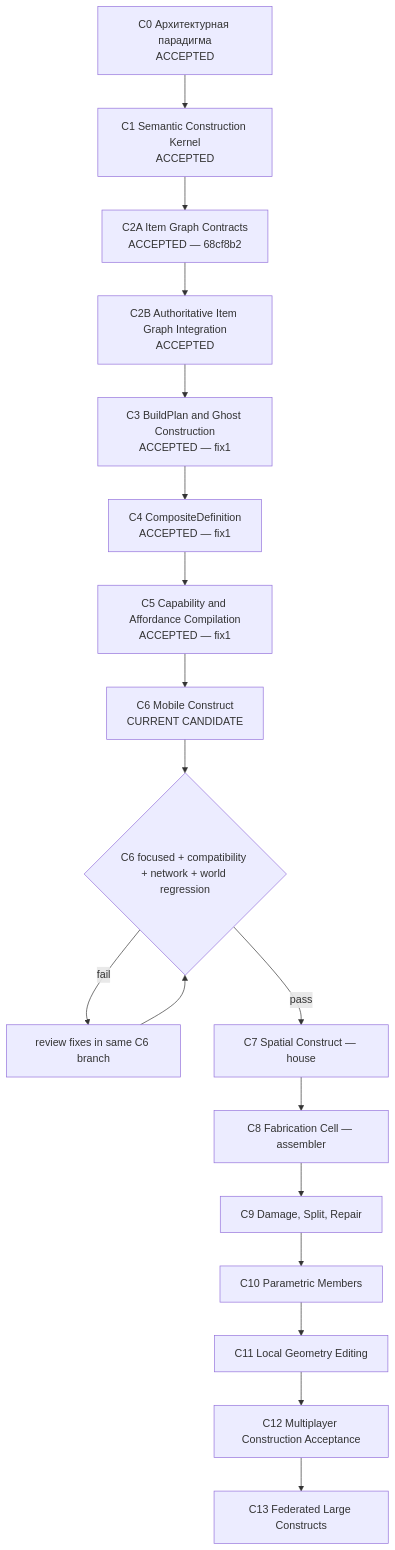
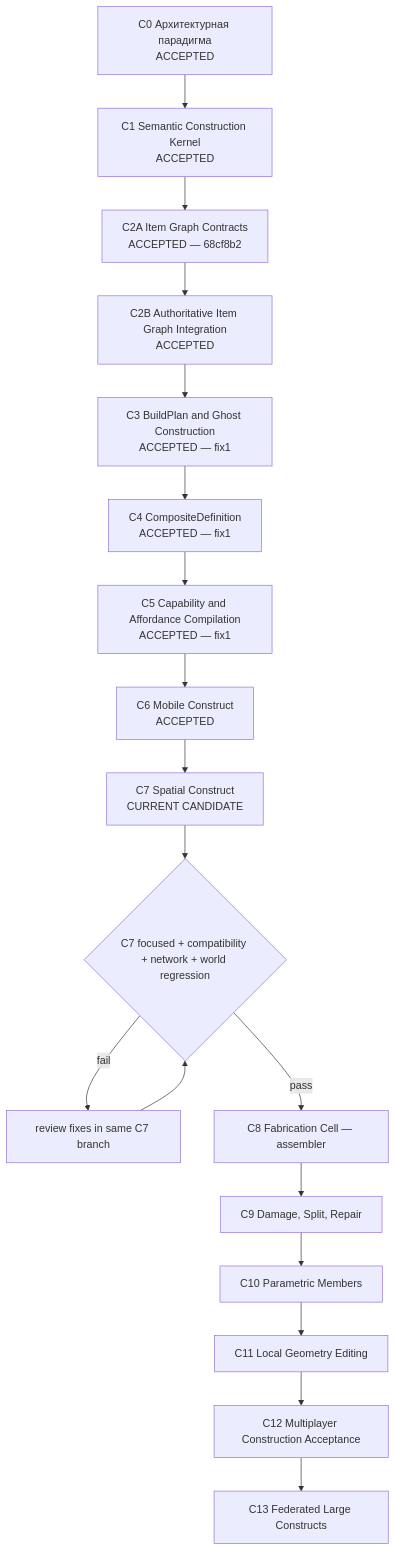
The diagram in docs/plans/CONSTRUCTION_MAP_RU.md (rootfabric/distributed-world-simulator), drawn with Mermaid before and after one commit. The commit also changed other lines of this file and 48 other files, not shown here.

Commit message:
feat(construction): add spatial construct compilation

````diff
--- a/docs/plans/CONSTRUCTION_MAP_RU.md
+++ b/docs/plans/CONSTRUCTION_MAP_RU.md
@@ -24,20 +24,20 @@
 ```mermaid
 flowchart TD
     C0["C0 Архитектурная парадигма\nACCEPTED"] --> C1["C1 Semantic Construction Kernel\nACCEPTED"]
     C1 --> C2A["C2A Item Graph Contracts\nACCEPTED — 68cf8b2"]
     C2A --> C2B["C2B Authoritative Item Graph Integration\nACCEPTED"]
     C2B --> C3["C3 BuildPlan and Ghost Construction\nACCEPTED — fix1"]
     C3 --> C4["C4 CompositeDefinition\nACCEPTED — fix1"]
     C4 --> C5["C5 Capability and Affordance Compilation\nACCEPTED — fix1"]
-    C5 --> C6["C6 Mobile Construct\nCURRENT CANDIDATE"]
-    C6 --> G6{"C6 focused + compatibility + network + world regression"}
-    G6 -- fail --> F6["review fixes in same C6 branch"]
-    F6 --> G6
-    G6 -- pass --> C7["C7 Spatial Construct — house"]
-    C7 --> C8["C8 Fabrication Cell — assembler"]
+    C5 --> C6["C6 Mobile Construct\nACCEPTED"]
+    C6 --> C7["C7 Spatial Construct\nCURRENT CANDIDATE"]
+    C7 --> G7{"C7 focused + compatibility + network + world regression"}
+    G7 -- fail --> F7["review fixes in same C7 branch"]
+    F7 --> G7
+    G7 -- pass --> C8["C8 Fabrication Cell — assembler"]
     C8 --> C9["C9 Damage, Split, Repair"]
     C9 --> C10["C10 Parametric Members"]
     C10 --> C11["C11 Local Geometry Editing"]
     C11 --> C12["C12 Multiplayer Construction Acceptance"]
     C12 --> C13["C13 Federated Large Constructs"]
 ```
````
